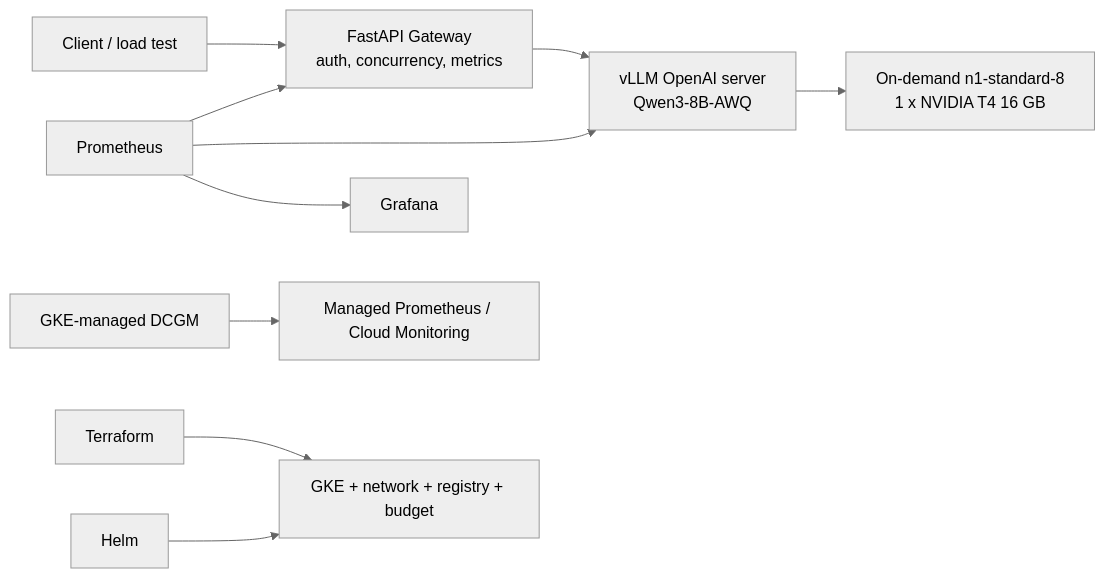
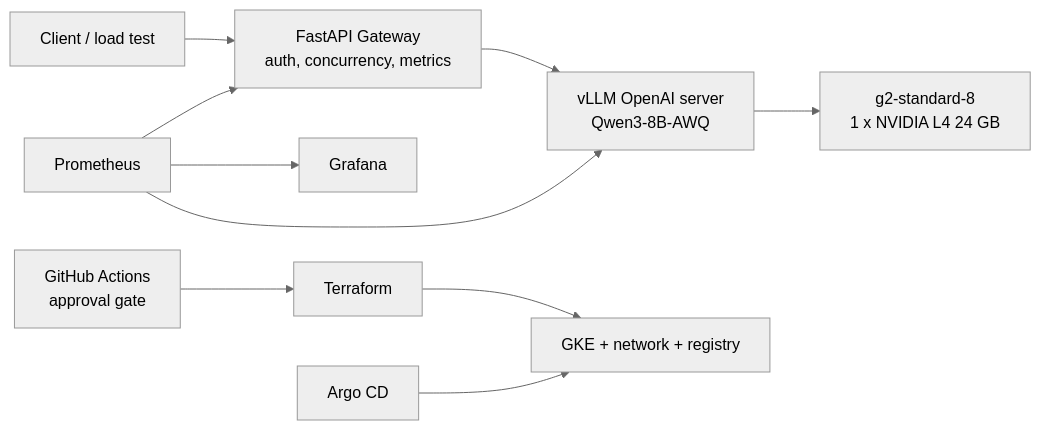
One commit to luzhac/LLMOps changed the diagram in README.md. Above: the diagram before and after it, drawn with Mermaid (neutral theme). The commit also changed other lines of this file and 2 other files, not shown here.

````diff
--- a/README.md
+++ b/README.md
@@ -17,12 +192,12 @@
 ```mermaid
 flowchart LR
-    C["Client / load test"] --> G["FastAPI Gateway\nauth, concurrency, metrics"]
-    G --> V["vLLM OpenAI server\nQwen3-8B-AWQ"]
-    V --> T4["On-demand n1-standard-8\n1 x NVIDIA T4 16 GB"]
+    C["Client / load test"] --> G["FastAPI Gateway<br/>auth, concurrency, metrics"]
+    G --> V["vLLM OpenAI server<br/>Qwen3-8B-AWQ"]
+    V --> L4["g2-standard-8<br/>1 x NVIDIA L4 24 GB"]
     P["Prometheus"] --> G
     P --> V
     P --> F["Grafana"]
-    D["GKE-managed DCGM"] --> M["Managed Prometheus / Cloud Monitoring"]
-    T["Terraform"] --> K["GKE + network + registry + budget"]
-    H["Helm"] --> K
+    T["Terraform"] --> K["GKE + network + registry"]
+    A["Argo CD"] --> K
+    GH["GitHub Actions<br/>approval gate"] --> T
 ```
````
